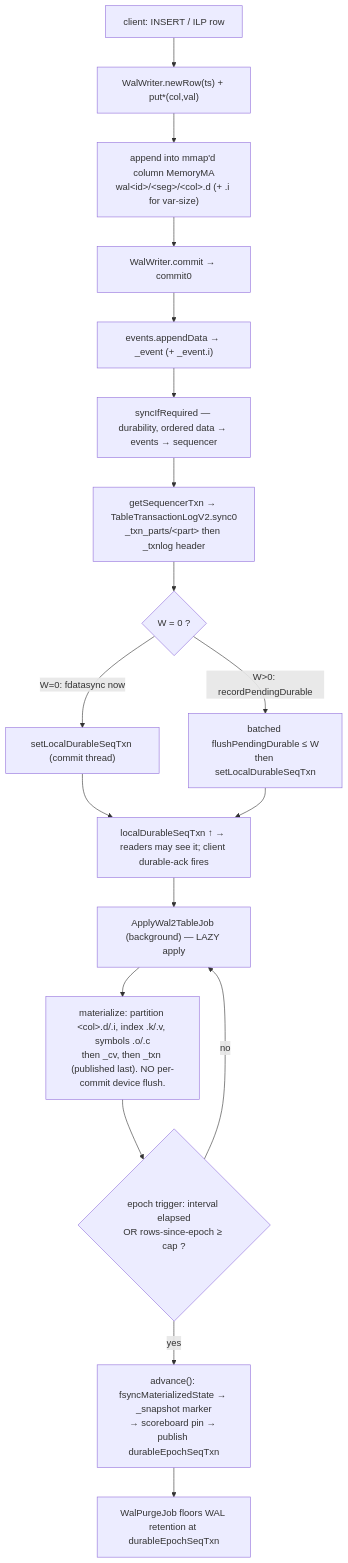
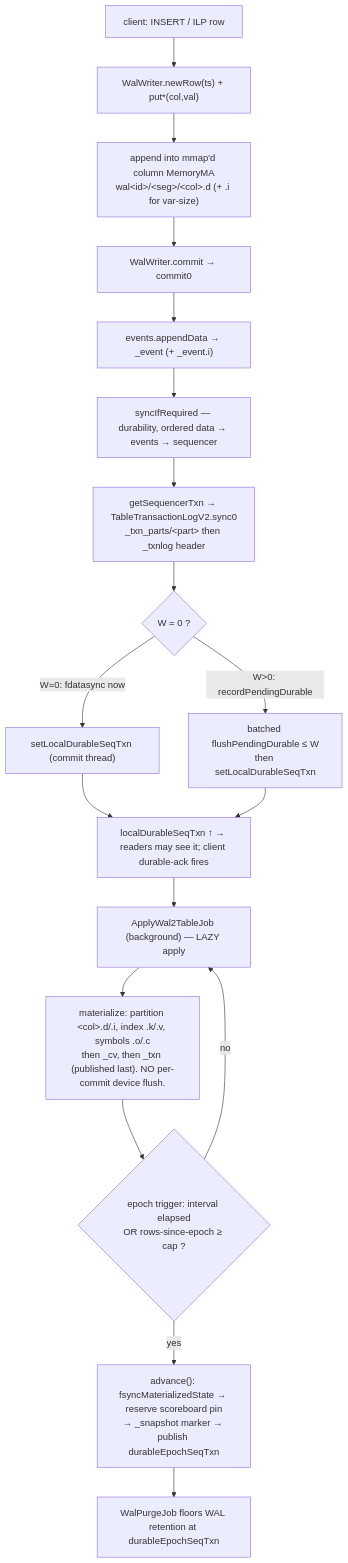
The first of 4 diagrams in docs/adaptive-commit-internals.md (questdb/questdb), drawn with Mermaid before and after one commit. The commit also changed other lines of this file and 49 other files, not shown here.

````diff
--- a/docs/adaptive-commit-internals.md
+++ b/docs/adaptive-commit-internals.md
@@ -53,20 +53,20 @@
 ```mermaid
 flowchart TD
     C["client: INSERT / ILP row"] --> NR["WalWriter.newRow(ts) + put*(col,val)"]
     NR --> MEM["append into mmap'd column MemoryMA<br/>wal&lt;id&gt;/&lt;seg&gt;/&lt;col&gt;.d (+ .i for var-size)"]
     MEM --> CM["WalWriter.commit → commit0"]
     CM --> EV["events.appendData → _event (+ _event.i)"]
     EV --> SY["syncIfRequired — durability, ordered data → events → sequencer"]
     SY --> SEQ["getSequencerTxn → TableTransactionLogV2.sync0<br/>_txn_parts/&lt;part&gt; then _txnlog header"]
     SEQ --> FR{"W = 0 ?"}
     FR -->|"W=0: fdatasync now"| LD["setLocalDurableSeqTxn (commit thread)"]
     FR -->|"W&gt;0: recordPendingDurable"| BAT["batched flushPendingDurable ≤ W<br/>then setLocalDurableSeqTxn"]
     LD --> VIS["localDurableSeqTxn ↑ → readers may see it; client durable-ack fires"]
     BAT --> VIS
     VIS --> AP["ApplyWal2TableJob (background) — LAZY apply"]
     AP --> TBL["materialize: partition &lt;col&gt;.d/.i, index .k/.v, symbols .o/.c<br/>then _cv, then _txn (published last). NO per-commit device flush."]
     TBL --> EP{"epoch trigger: interval elapsed<br/>OR rows-since-epoch ≥ cap ?"}
     EP -->|no| AP
-    EP -->|yes| ADV["advance(): fsyncMaterializedState → _snapshot marker<br/>→ scoreboard pin → publish durableEpochSeqTxn"]
+    EP -->|yes| ADV["advance(): fsyncMaterializedState → reserve scoreboard pin<br/>→ _snapshot marker → publish durableEpochSeqTxn"]
     ADV --> PURGE["WalPurgeJob floors WAL retention at durableEpochSeqTxn"]
 ```
````
